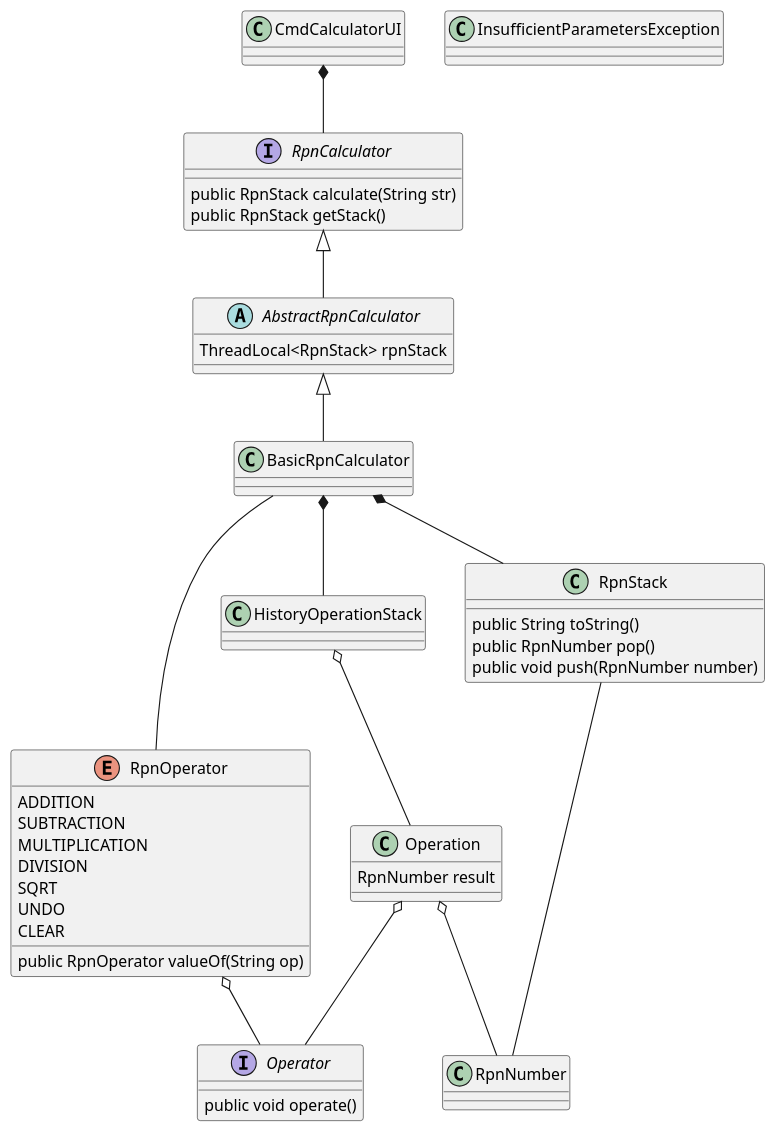
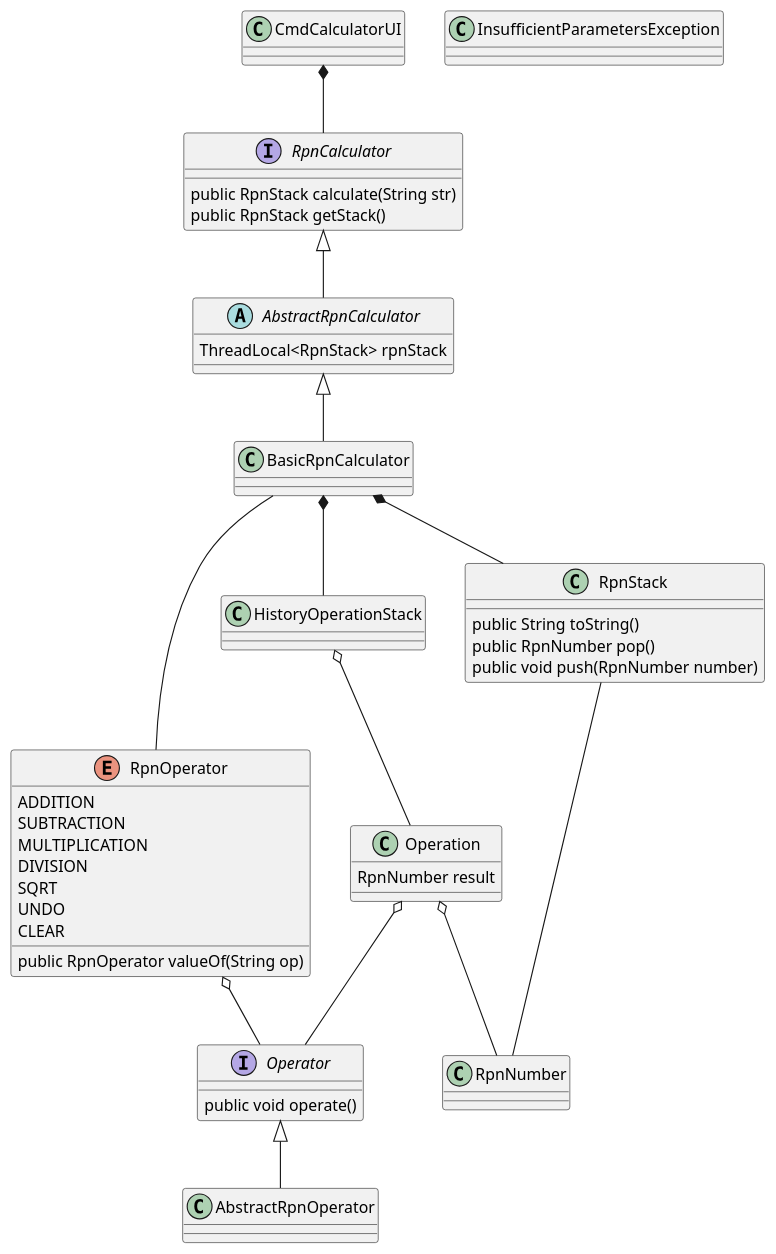
One commit to songdragon/RpnCalculator changed the diagram in doc/Class.puml. Above: the diagram before and after it, drawn with PlantUML. The commit also changed 19 other files, not shown here.

```diff
--- a/doc/Class.puml
+++ b/doc/Class.puml
@@ -1,62 +1,69 @@
 @startuml
 
 class CmdCalculatorUI {
 }
 
 CmdCalculatorUI *-- RpnCalculator
 
 interface RpnCalculator{
 public RpnStack calculate(String str)
 public RpnStack getStack()
 }
 abstract class AbstractRpnCalculator{
 ThreadLocal<RpnStack> rpnStack
 }
 RpnCalculator <|-- AbstractRpnCalculator
 class BasicRpnCalculator{
 }
 AbstractRpnCalculator <|-- BasicRpnCalculator
 
 
 interface Operator{
 public void operate()
 }
 BasicRpnCalculator -- RpnOperator
 BasicRpnCalculator *-- RpnStack
 BasicRpnCalculator *-- HistoryOperationStack
 
 
 class RpnStack{
 public String toString()
 public RpnNumber pop()
 public void push(RpnNumber number)
 }
 class RpnNumber{
 }
 RpnStack -- RpnNumber
-enum RpnOperator{
-  ADDITION
-  SUBTRACTION
-  MULTIPLICATION
-  DIVISION
-  SQRT
-  UNDO
-  CLEAR
 
-  public RpnOperator valueOf(String op)
-}
-RpnOperator o-- Operator
 class InsufficientParametersException{
 }
 
 class HistoryOperationStack{
 }
 class Operation {
    RpnNumber result
 }
 
 Operation o-- Operator
 Operation o-- RpnNumber
 HistoryOperationStack o-- Operation
 
+class AbstractRpnOperator{
+}
+
+Operator <|-- AbstractRpnOperator
+
+enum RpnOperator{
+  ADDITION
+  SUBTRACTION
+  MULTIPLICATION
+  DIVISION
+  SQRT
+  UNDO
+  CLEAR
+
+  public RpnOperator valueOf(String op)
+}
+RpnOperator o-- Operator
+
 @enduml
```
